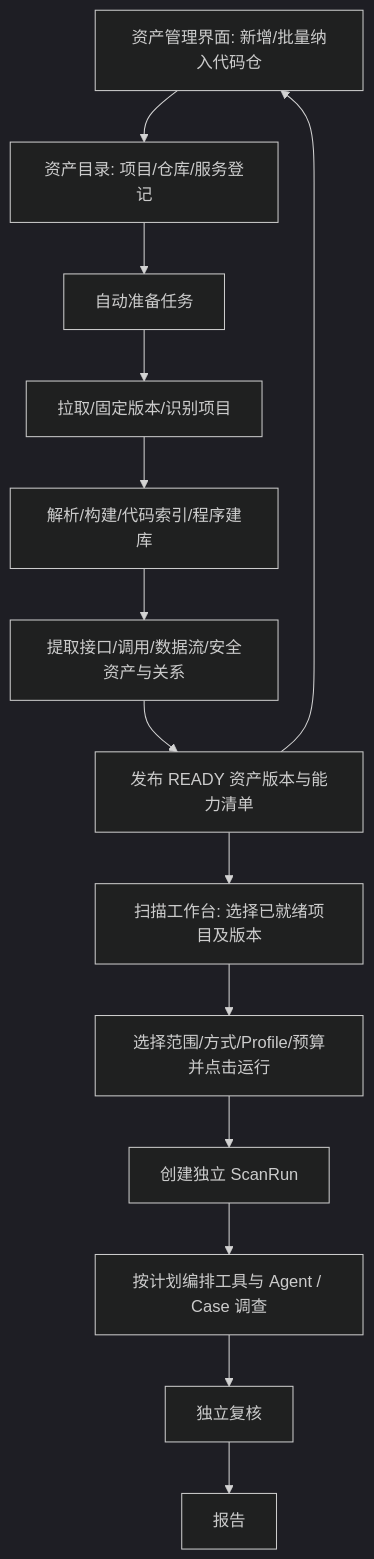
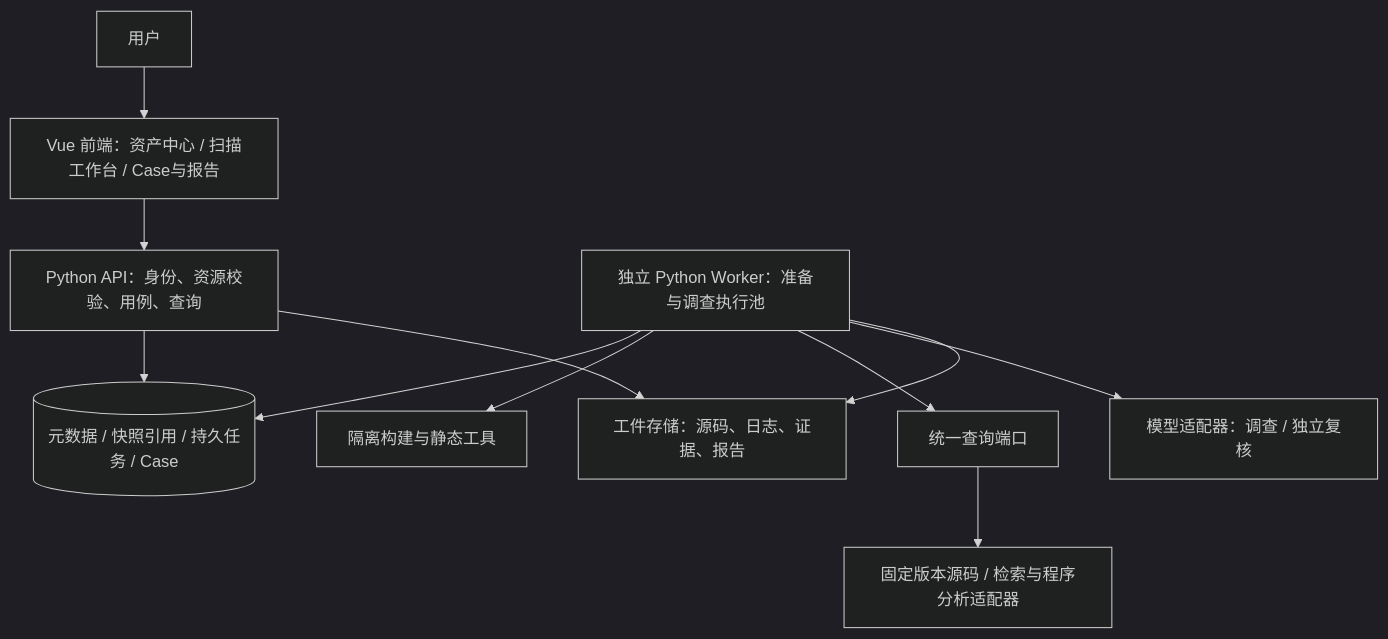
The diagram in docs/architecture.md (luohaijiang789/AIxSecurity), drawn with Mermaid (dark theme) before and after one commit. The commit also changed other lines of this file and 9 other files, not shown here.

First line of the commit message:
docs: realign methodology and Vue Python architecture before migration

````diff
--- a/docs/architecture.md
+++ b/docs/architecture.md
@@ -44,16 +25,13 @@
 ```mermaid
-flowchart TD
-  UIA[资产管理界面: 新增/批量纳入代码仓] --> CAT[资产目录: 项目/仓库/服务登记]
-  CAT --> JOB[自动准备任务]
-  JOB --> FETCH[拉取/固定版本/识别项目]
-  FETCH --> PREP[解析/构建/代码索引/程序建库]
-  PREP --> EXTRACT[提取接口/调用/数据流/安全资产与关系]
-  EXTRACT --> READY[发布 READY 资产版本与能力清单]
-  READY --> UIA
-  READY --> UIS[扫描工作台: 选择已就绪项目及版本]
-  UIS --> PLAN[选择范围/方式/Profile/预算并点击运行]
-  PLAN --> SCAN[创建独立 ScanRun]
-  SCAN --> ANALYSIS[按计划编排工具与 Agent / Case 调查]
-  ANALYSIS --> VERIFY[独立复核]
-  VERIFY --> REPORT[报告]
+flowchart TB
+  U[用户] --> F[Vue 前端：资产中心 / 扫描工作台 / Case与报告]
+  F --> A[Python API：身份、资源校验、用例、查询]
+  A --> D[(元数据 / 快照引用 / 持久任务 / Case)]
+  W[独立 Python Worker：准备与调查执行池] --> D
+  W --> B[隔离构建与静态工具]
+  W --> Q[统一查询端口]
+  Q --> S[固定版本源码 / 检索与程序分析适配器]
+  W --> L[模型适配器：调查 / 独立复核]
+  W --> O[工件存储：源码、日志、证据、报告]
+  A --> O
 ```
````
